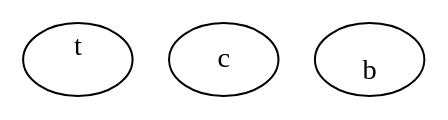
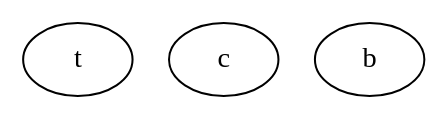
One commit to sisyphus1212/note changed diagram 12 of 12 in other/graphviz/tips.md. Above: the diagram before and after it, drawn with Graphviz.

Commit message:
auto_update

````diff
--- a/other/graphviz/tips.md
+++ b/other/graphviz/tips.md
@@ -237,7 +237,7 @@
 ```graphviz
 digraph {
-  t [labelloc=t]
-  c [labelloc=c]
-  b [labelloc=b]
+  t
+  c
+  b
 }
 ```
````
